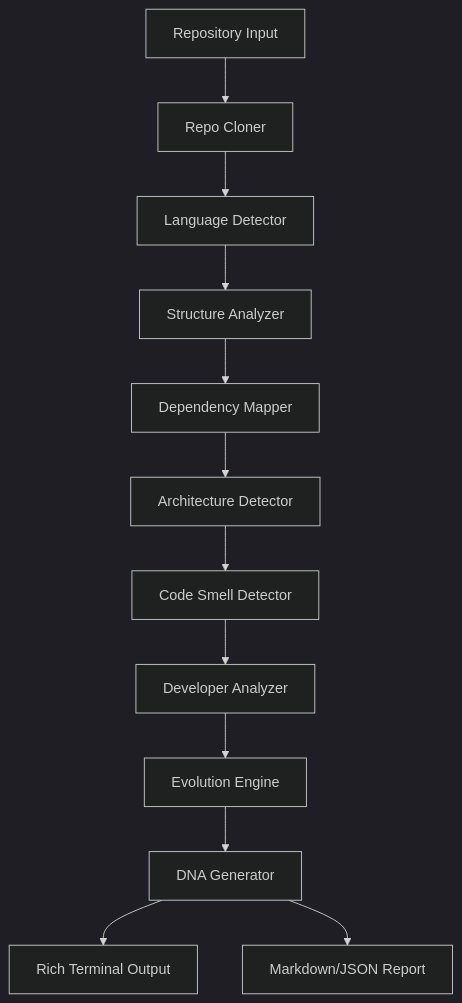
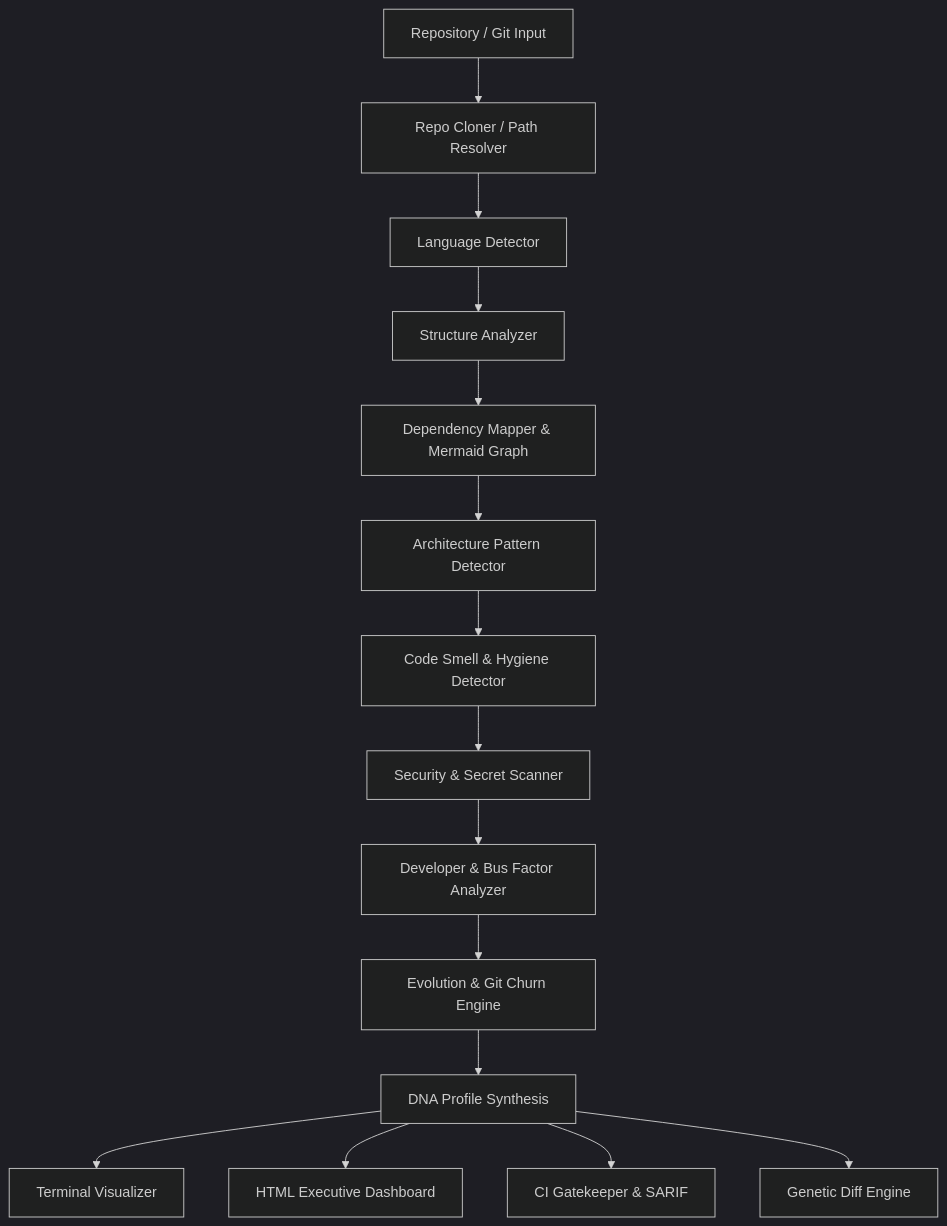
One commit to shenald-dev/codedna changed the diagram in README.md. Above: the diagram before and after it, drawn with Mermaid (dark theme). The commit also changed other lines of this file and 12 other files, not shown here.

Commit message:
feat: release v1.1.0 with genetic drift diff engine, ci gatekeeper and interactive radar

````diff
--- a/README.md
+++ b/README.md
@@ -58,14 +104,17 @@
 ```mermaid
 graph TD
-    A[Repository Input] --> B[Repo Cloner]
+    A[Repository / Git Input] --> B[Repo Cloner / Path Resolver]
     B --> C[Language Detector]
     C --> D[Structure Analyzer]
-    D --> E[Dependency Mapper]
-    E --> F[Architecture Detector]
-    F --> G[Code Smell Detector]
-    G --> H[Developer Analyzer]
-    H --> I[Evolution Engine]
-    I --> J[DNA Generator]
-    J --> K[Rich Terminal Output]
-    J --> L[Markdown/JSON Report]
+    D --> E[Dependency Mapper & Mermaid Graph]
+    E --> F[Architecture Pattern Detector]
+    F --> G[Code Smell & Hygiene Detector]
+    G --> H[Security & Secret Scanner]
+    H --> I[Developer & Bus Factor Analyzer]
+    I --> J[Evolution & Git Churn Engine]
+    J --> K[DNA Profile Synthesis]
+    K --> L[Terminal Visualizer]
+    K --> M[HTML Executive Dashboard]
+    K --> N[CI Gatekeeper & SARIF]
+    K --> O[Genetic Diff Engine]
 ```
````
